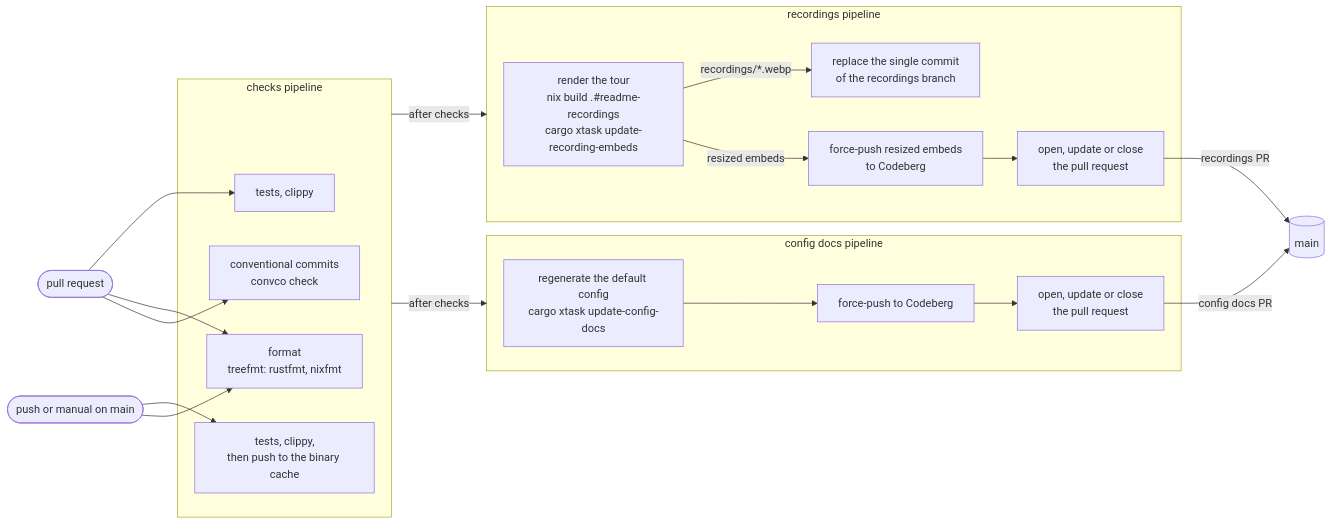
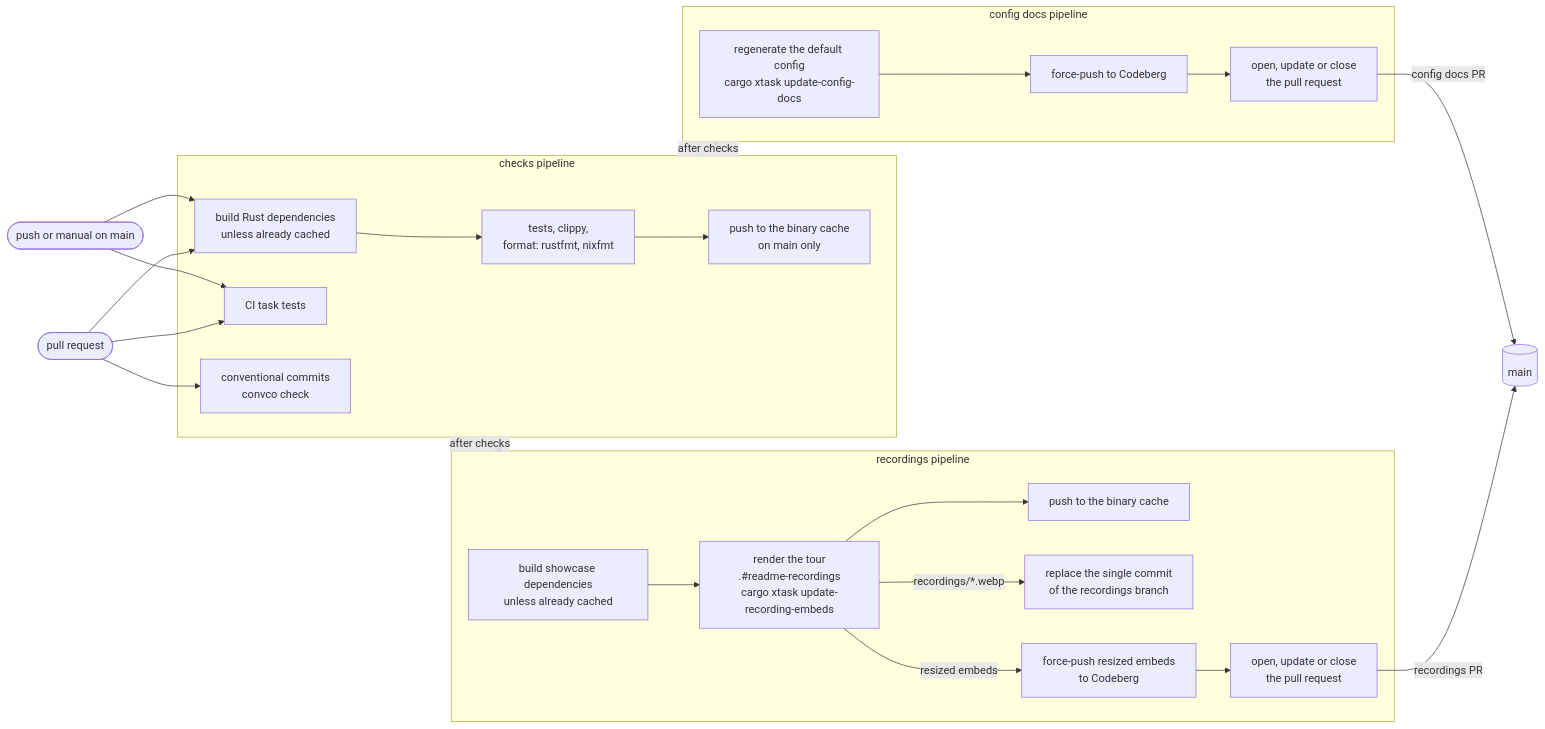
One commit to wvhulle/sottomano changed the second of 3 diagrams in docs/development.md. Above: the diagram before and after it, drawn with Mermaid. The commit also changed other lines of this file and 9 other files, not shown here.

````diff
--- a/docs/development.md
+++ b/docs/development.md
@@ -128,39 +132,46 @@
 ```mermaid
 flowchart LR
   pull_request_event(["pull request"])
   main_push_event(["push or manual on main"])
 
   subgraph checks_pipeline ["checks pipeline"]
-    pull_request_checks["tests, clippy"]
-    main_checks["tests, clippy,<br>then push to the binary cache"]
-    format_check["format<br>treefmt: rustfmt, nixfmt"]
+    build_dependencies["build Rust dependencies<br>unless already cached"]
+    test_and_lint["tests, clippy,<br>format: rustfmt, nixfmt"]
+    ci_task_tests["CI task tests"]
+    upload_cache["push to the binary cache<br>on main only"]
+    build_dependencies --> test_and_lint
+    test_and_lint --> upload_cache
     conventional_commits["conventional commits<br>convco check"]
   end
 
   subgraph recordings_pipeline ["recordings pipeline"]
-    render_recordings["render the tour<br>nix build .#readme-recordings<br>cargo xtask update-recording-embeds"]
+    build_showcase_dependencies["build showcase dependencies<br>unless already cached"]
+    render_recordings["render the tour<br>.#readme-recordings<br>cargo xtask update-recording-embeds"]
+    upload_recordings["push to the binary cache"]
+    build_showcase_dependencies --> render_recordings
+    render_recordings --> upload_recordings
     push_orphan_recordings["replace the single commit<br>of the recordings branch"]
     push_recordings_branch["force-push resized embeds<br>to Codeberg"]
     open_recordings_pull_request["open, update or close<br>the pull request"]
     render_recordings -->|"recordings/*.webp"| push_orphan_recordings
     render_recordings -->|resized embeds| push_recordings_branch
     push_recordings_branch --> open_recordings_pull_request
   end
 
   subgraph config_docs_pipeline ["config docs pipeline"]
     update_config_docs["regenerate the default config<br>cargo xtask update-config-docs"]
     push_config_docs_branch["force-push to Codeberg"]
     open_config_docs_pull_request["open, update or close<br>the pull request"]
     update_config_docs --> push_config_docs_branch
     push_config_docs_branch --> open_config_docs_pull_request
   end
 
   main_branch[("main")]
 
-  pull_request_event --> pull_request_checks & format_check & conventional_commits
-  main_push_event --> main_checks & format_check
+  pull_request_event --> build_dependencies & ci_task_tests & conventional_commits
+  main_push_event --> build_dependencies & ci_task_tests
   checks_pipeline -->|"after checks"| recordings_pipeline
   checks_pipeline -->|"after checks"| config_docs_pipeline
   open_recordings_pull_request -->|recordings PR| main_branch
   open_config_docs_pull_request -->|config docs PR| main_branch
 ```
````
